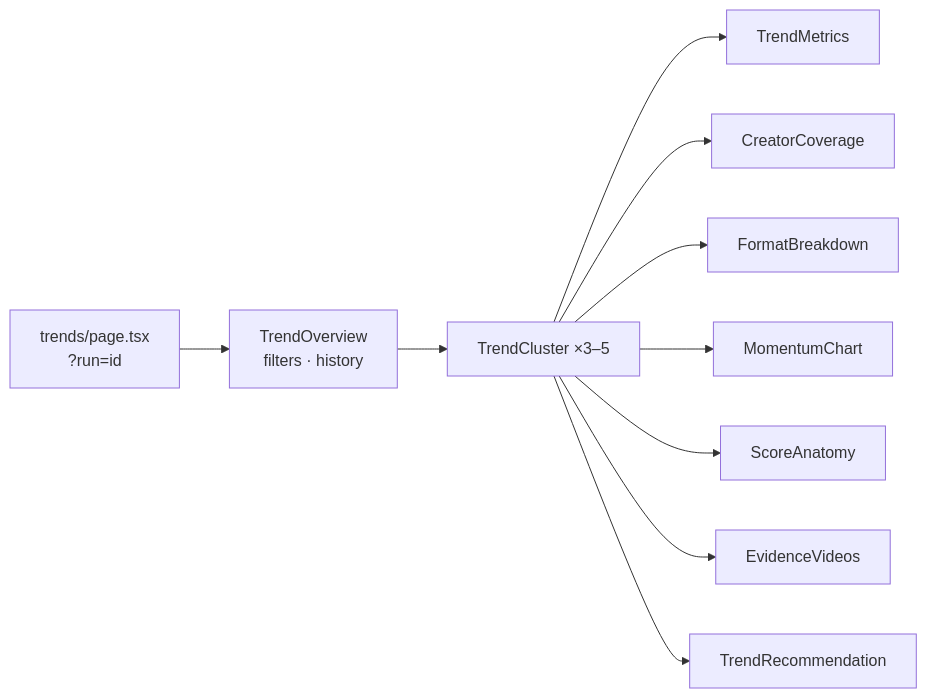
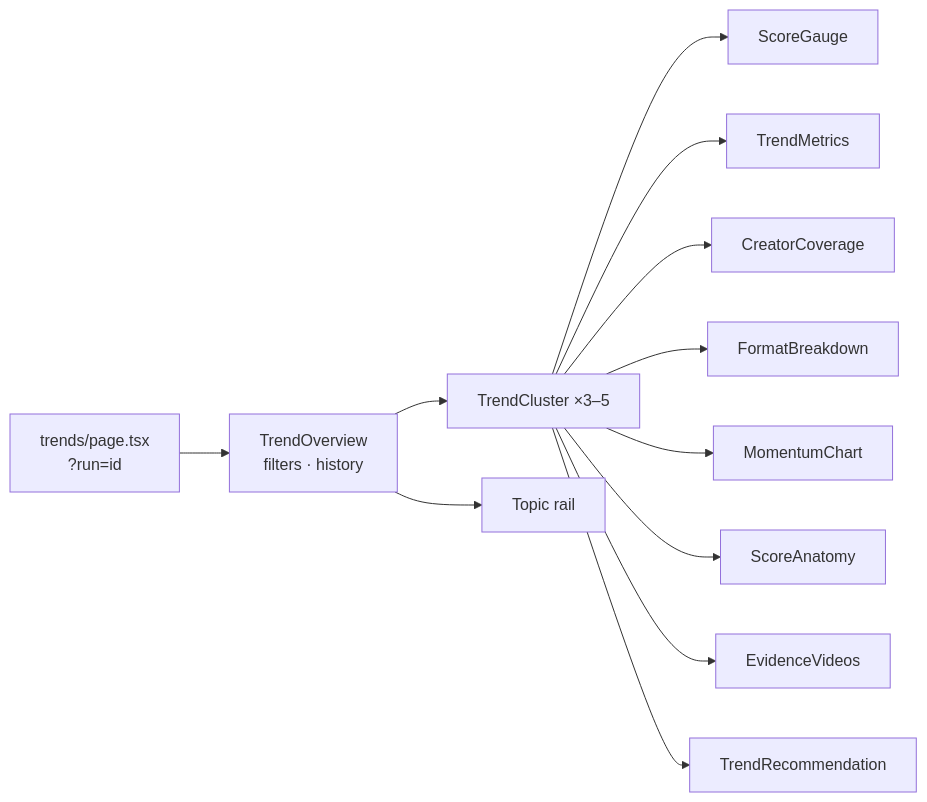
One commit to gauravkumar-alt/TREND_RADAR changed the fifth of 6 diagrams in COMPONENTS_MAP.md. Above: the diagram before and after it, drawn with Mermaid. The commit also changed other lines of this file, not shown here.

Commit message:
Update Components Map: topic orbit, score ring, side rail, Brief motion, phone scenes, theme toggle, motion system

````diff
--- a/COMPONENTS_MAP.md
+++ b/COMPONENTS_MAP.md
@@ -122,12 +124,14 @@
 ```mermaid
 flowchart LR
     page[trends/page.tsx<br/>?run=id] --> TO[TrendOverview<br/>filters · history]
     TO --> TC[TrendCluster ×3–5]
+    TO --> RAIL[Topic rail]
+    TC --> SG[ScoreGauge]
     TC --> TM[TrendMetrics]
     TC --> CC[CreatorCoverage]
     TC --> FB[FormatBreakdown]
     TC --> MC[MomentumChart]
     TC --> SA[ScoreAnatomy]
     TC --> EV[EvidenceVideos]
     TC --> REC[TrendRecommendation]
 ```
````
